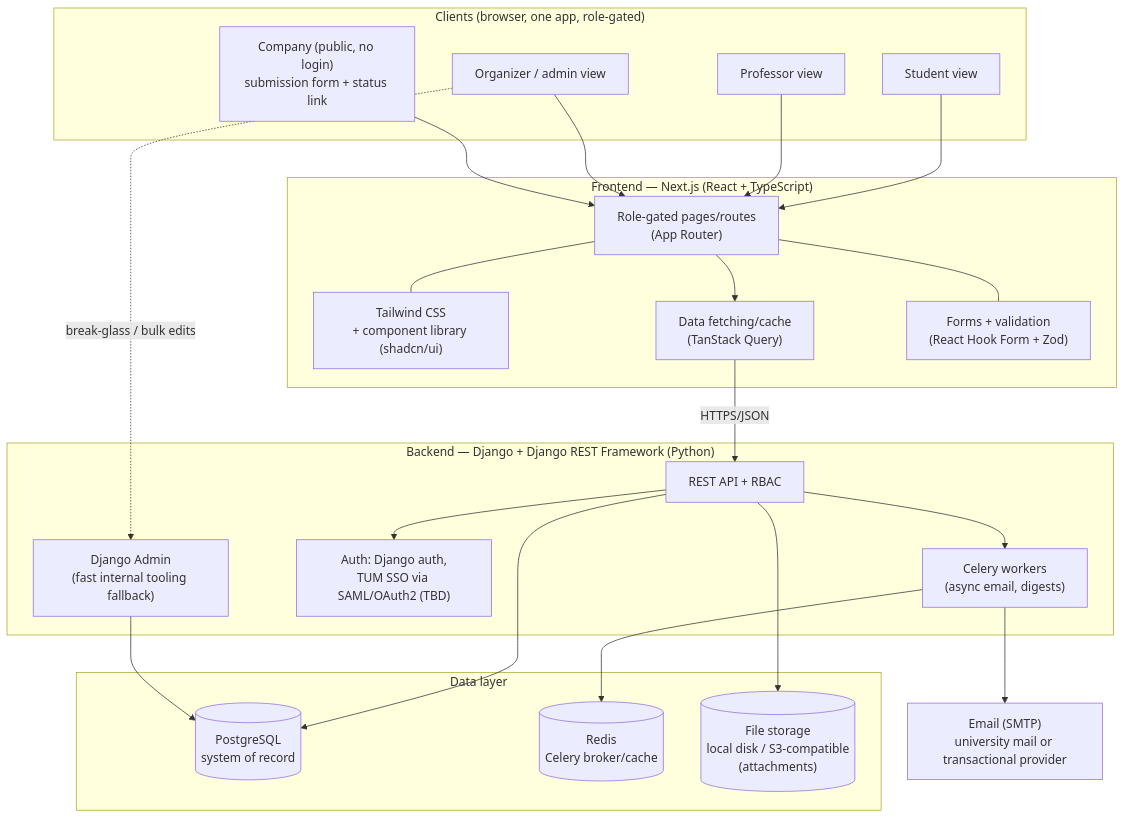
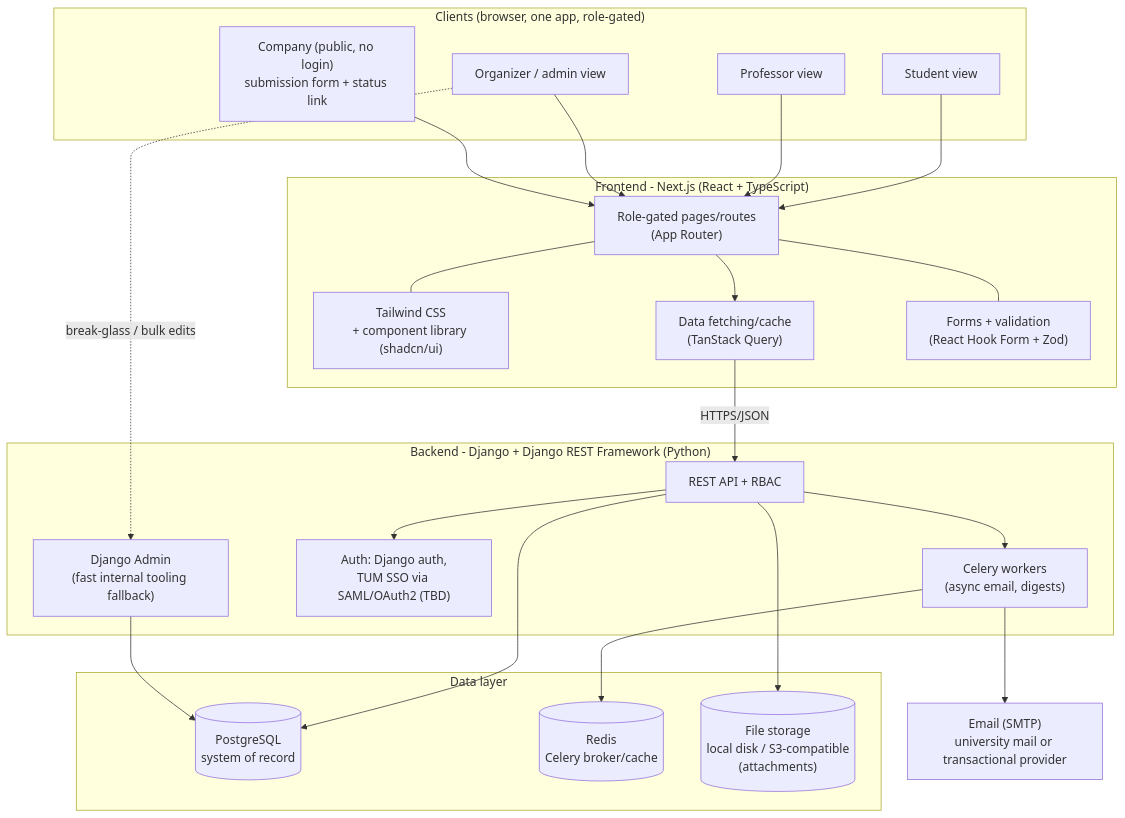
Before and after one commit to nan1220/Collaboration_Platform: the diagram in architecture.md, drawn with Mermaid. The commit also changed other lines of this file and 19 other files, not shown here.

````diff
--- a/architecture.md
+++ b/architecture.md
@@ -38,50 +38,50 @@
 ```mermaid
 flowchart TB
     subgraph Clients["Clients (browser, one app, role-gated)"]
         Student["Student view"]
         Professor["Professor view"]
         Organizer["Organizer / admin view"]
         Company["Company (public, no login)<br/>submission form + status link"]
     end
 
-    subgraph Frontend["Frontend — Next.js (React + TypeScript)"]
+    subgraph Frontend["Frontend - Next.js (React + TypeScript)"]
         UI["Role-gated pages/routes<br/>(App Router)"]
         Style["Tailwind CSS<br/>+ component library (shadcn/ui)"]
         Query["Data fetching/cache<br/>(TanStack Query)"]
         Forms["Forms + validation<br/>(React Hook Form + Zod)"]
     end
 
-    subgraph Backend["Backend — Django + Django REST Framework (Python)"]
+    subgraph Backend["Backend - Django + Django REST Framework (Python)"]
         API["REST API + RBAC"]
         Admin["Django Admin<br/>(fast internal tooling fallback)"]
         Auth["Auth: Django auth,<br/>TUM SSO via SAML/OAuth2 (TBD)"]
         Worker["Celery workers<br/>(async email, digests)"]
     end
 
     subgraph Data["Data layer"]
         DB[("PostgreSQL<br/>system of record")]
         Redis[("Redis<br/>Celery broker/cache")]
         Storage[("File storage<br/>local disk / S3-compatible<br/>(attachments)")]
     end
 
     Mail["Email (SMTP)<br/>university mail or transactional provider"]
 
     Student --> UI
     Professor --> UI
     Organizer --> UI
     Company --> UI
 
     UI --- Style
     UI --- Forms
     UI --> Query
 
     Query -- HTTPS/JSON --> API
     API --> Auth
     API --> DB
     API --> Storage
     API --> Worker
     Worker --> Redis
     Worker --> Mail
     Organizer -.->|"break-glass / bulk edits"| Admin
     Admin --> DB
 ```
````
